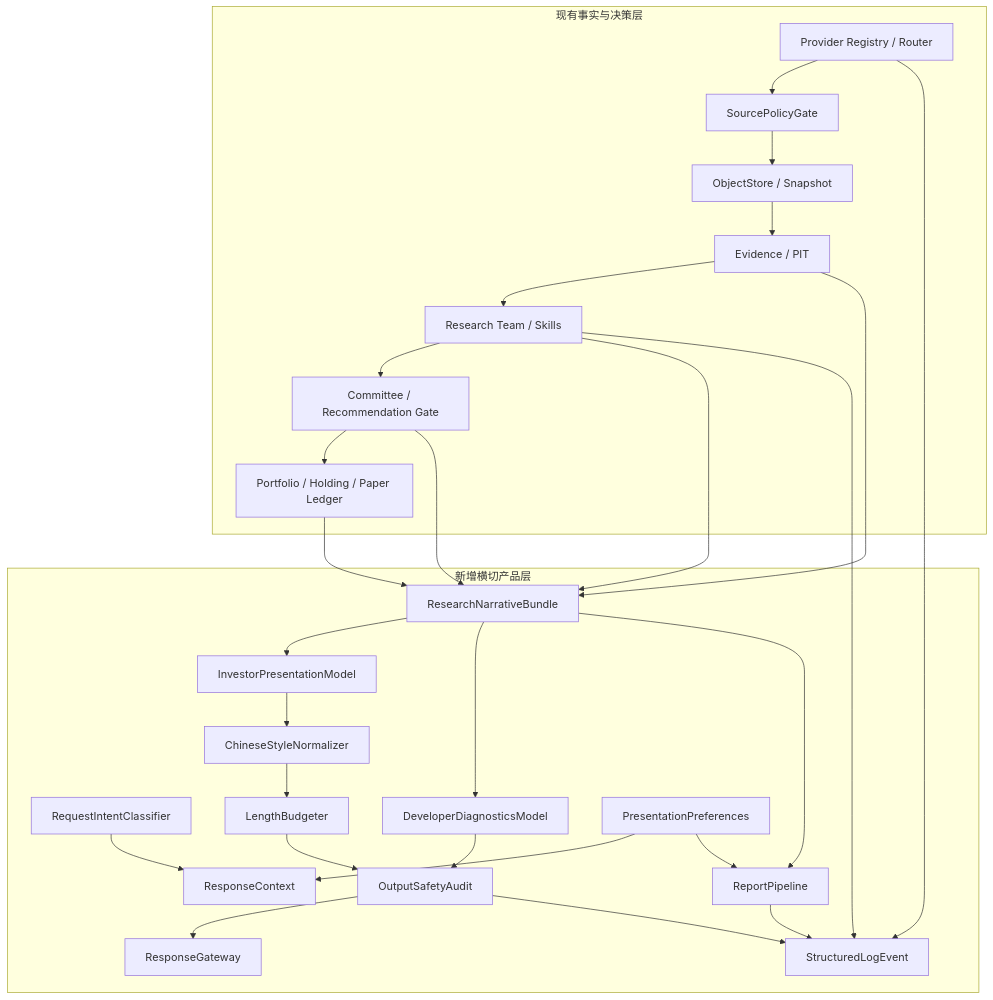
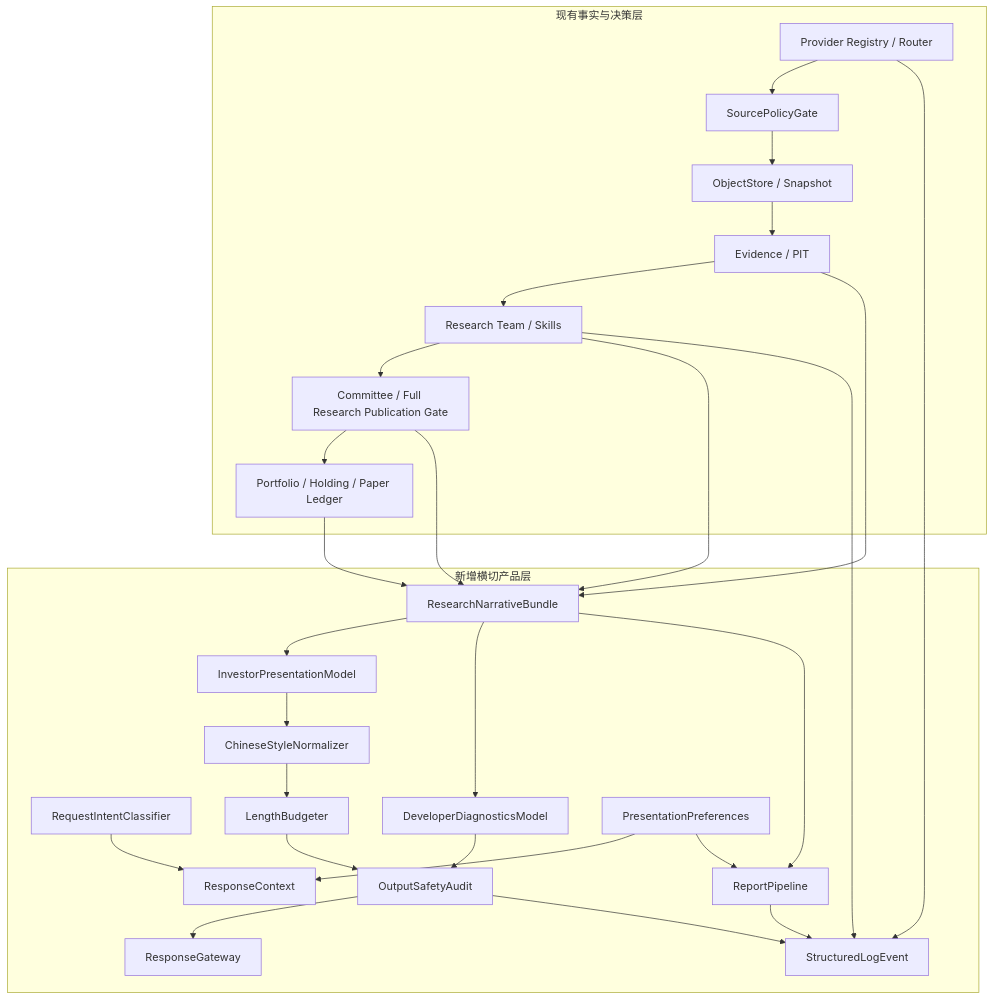
One commit to ShiningSugar35/AStockMultiAgent changed the second of 2 diagrams in docs/architecture/AStockMultiAgent系统体验与投研能力深度研究报告.md. Above: the diagram before and after it, drawn with Mermaid. The commit also changed 75 other files, not shown here.

Commit message:
release: full research recommendation v0.4.0

````diff
--- a/docs/architecture/AStockMultiAgent系统体验与投研能力深度研究报告.md
+++ b/docs/architecture/AStockMultiAgent系统体验与投研能力深度研究报告.md
@@ -618,43 +618,43 @@
 ```mermaid
 flowchart TB
     subgraph Existing[现有事实与决策层]
         PR[Provider Registry / Router]
         SP[SourcePolicyGate]
         OS[ObjectStore / Snapshot]
         EV[Evidence / PIT]
         RT[Research Team / Skills]
-        CM[Committee / Recommendation Gate]
+        CM[Committee / Full Research Publication Gate]
         PF[Portfolio / Holding / Paper Ledger]
     end
 
     subgraph New[新增横切产品层]
         IC[RequestIntentClassifier]
         RC[ResponseContext]
         NB[ResearchNarrativeBundle]
         IP[InvestorPresentationModel]
         DP[DeveloperDiagnosticsModel]
         CS[ChineseStyleNormalizer]
         LB[LengthBudgeter]
         OA[OutputSafetyAudit]
         RG[ResponseGateway]
         RP[ReportPipeline]
         PP[PresentationPreferences]
         LG[StructuredLogEvent]
     end
 
     PR --> SP --> OS --> EV --> RT --> CM --> PF
     IC --> RC
     EV --> NB
     RT --> NB
     CM --> NB
     PF --> NB
     NB --> IP --> CS --> LB --> OA --> RG
     NB --> DP --> OA
     NB --> RP
     PP --> RC
     PP --> RP
     PR --> LG
     RT --> LG
     OA --> LG
     RP --> LG
 ```
````
